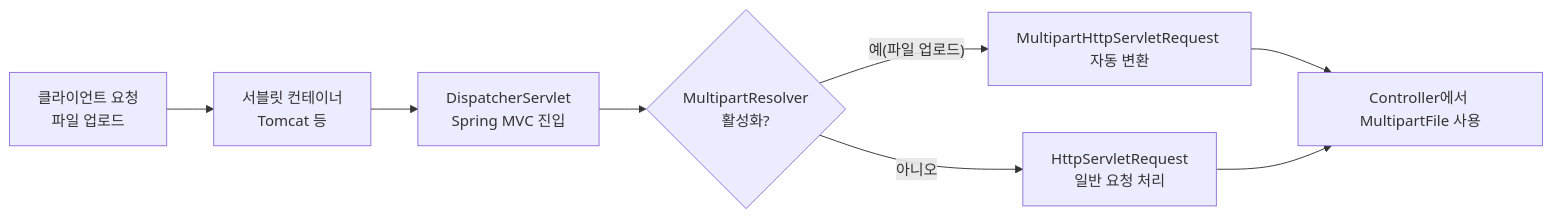
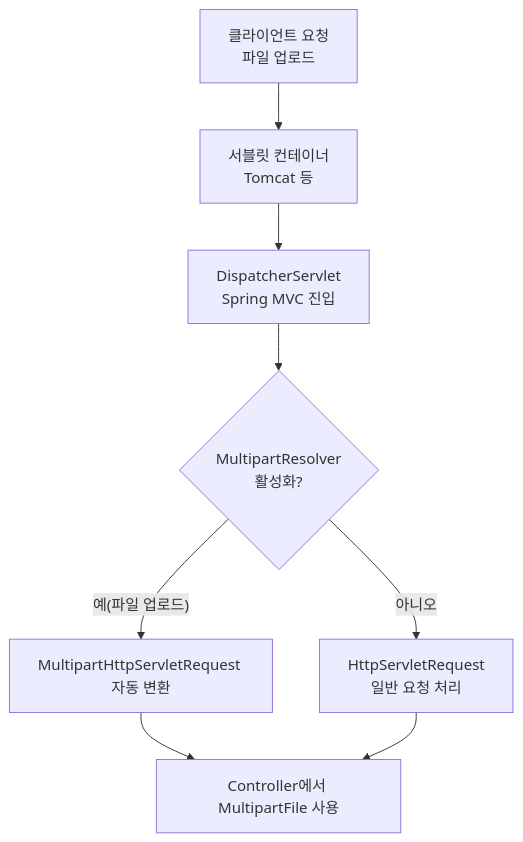
One commit to somijjjjj/ObsidianRepository changed the diagram in 303. Spring/MultipartHttpServletRequest HttpServletRequest 확장 인터페이스 multipart form-data 처리.md. Above: the diagram before and after it, drawn with Mermaid. The commit also changed other lines of this file and 4 other files, not shown here.

````diff
--- a/303. Spring/MultipartHttpServletRequest HttpServletRequest 확장 인터페이스 multipart form-data 처리.md
+++ b/303. Spring/MultipartHttpServletRequest HttpServletRequest 확장 인터페이스 multipart form-data 처리.md
@@ -28,10 +28,10 @@
 ```mermaid
-flowchart LR
+flowchart TD
     A[클라이언트 요청<br>파일 업로드] --> B[서블릿 컨테이너<br>Tomcat 등]
     B --> C[DispatcherServlet <br>Spring MVC 진입]
     C --> D{MultipartResolver <br>활성화?}
     D -- 아니오 --> E[HttpServletRequest <br>일반 요청 처리]
     D -- 예(파일 업로드) --> F[MultipartHttpServletRequest <br>자동 변환]
     F --> G[Controller에서 MultipartFile 사용]
     E --> G
 ```
````
